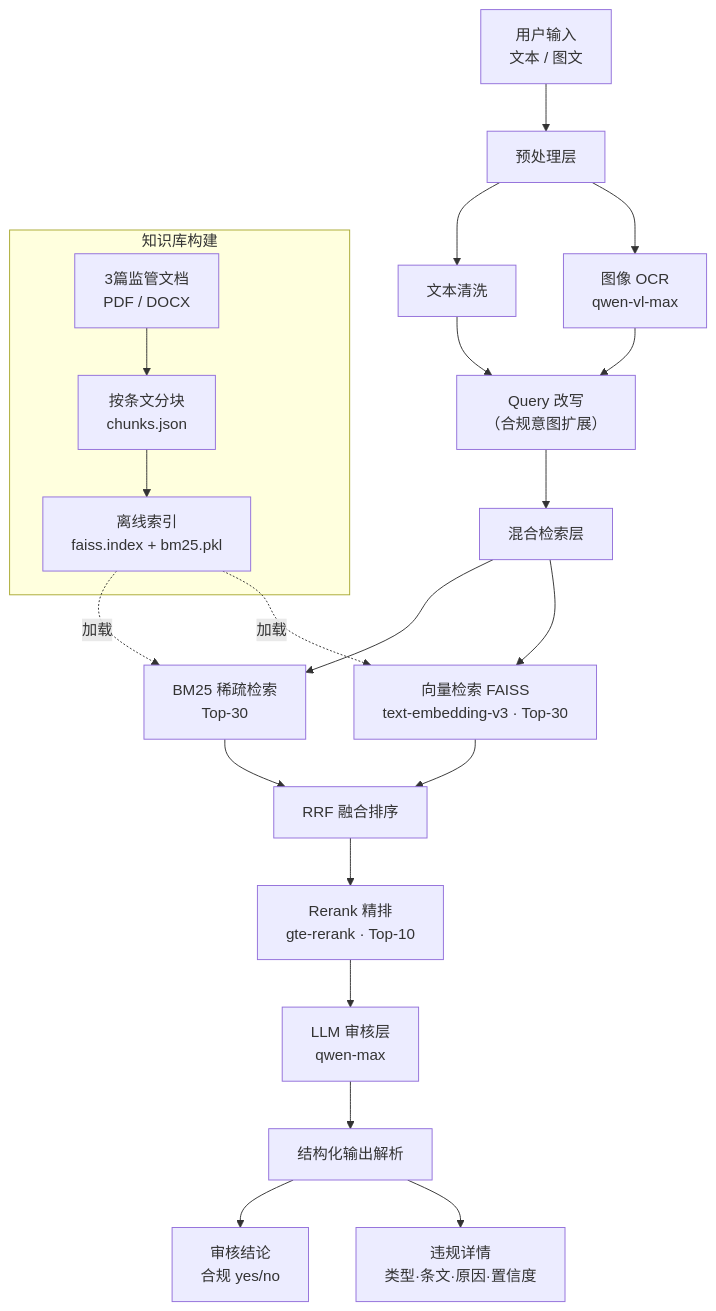
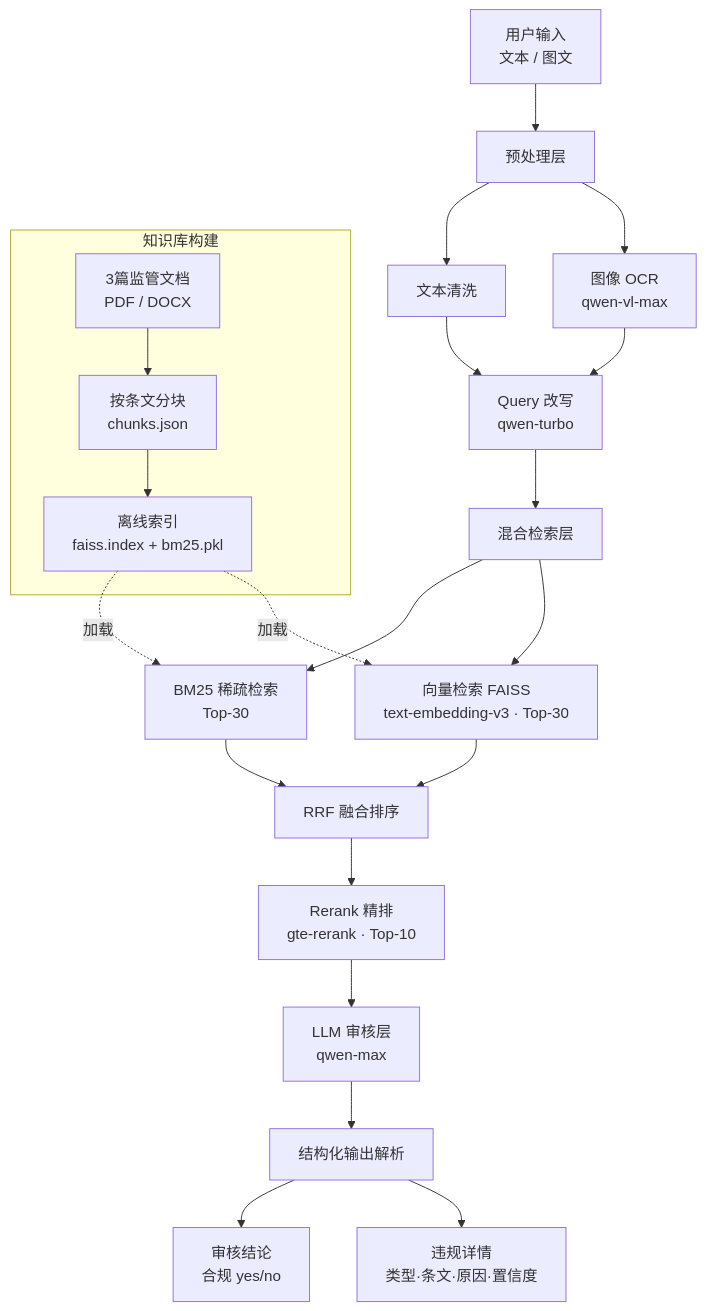
One commit to WUYEWUXIU/compliance-reviewer changed the diagram in README.md. Above: the diagram before and after it, drawn with Mermaid.

Commit message:
docs: update query rewriting section in README to reflect new model name

````diff
--- a/README.md
+++ b/README.md
@@ -26,27 +26,27 @@
 ```mermaid
 flowchart TD
     A["用户输入<br/>文本 / 图文"] --> B["预处理层"]
     B --> B1["文本清洗"]
     B --> B2["图像 OCR<br/>qwen-vl-max"]
-    B1 & B2 --> C["Query 改写<br/>（合规意图扩展）"]
+    B1 & B2 --> C["Query 改写<br/>qwen-turbo"]
 
     C --> D["混合检索层"]
     D --> D1["BM25 稀疏检索<br/>Top-30"]
     D --> D2["向量检索 FAISS<br/>text-embedding-v3 · Top-30"]
     D1 & D2 --> D3["RRF 融合排序"]
     D3 --> D4["Rerank 精排<br/>gte-rerank · Top-10"]
 
     D4 --> E["LLM 审核层<br/>qwen-max"]
     E --> F["结构化输出解析"]
 
     F --> G["审核结论<br/>合规 yes/no"]
     F --> H["违规详情<br/>类型·条文·原因·置信度"]
 
     subgraph 知识库构建
         K1["3篇监管文档<br/>PDF / DOCX"] --> K2["按条文分块<br/>chunks.json"]
         K2 --> K3["离线索引<br/>faiss.index + bm25.pkl"]
     end
 
     K3 -.->|加载| D1
     K3 -.->|加载| D2
 ```
````
